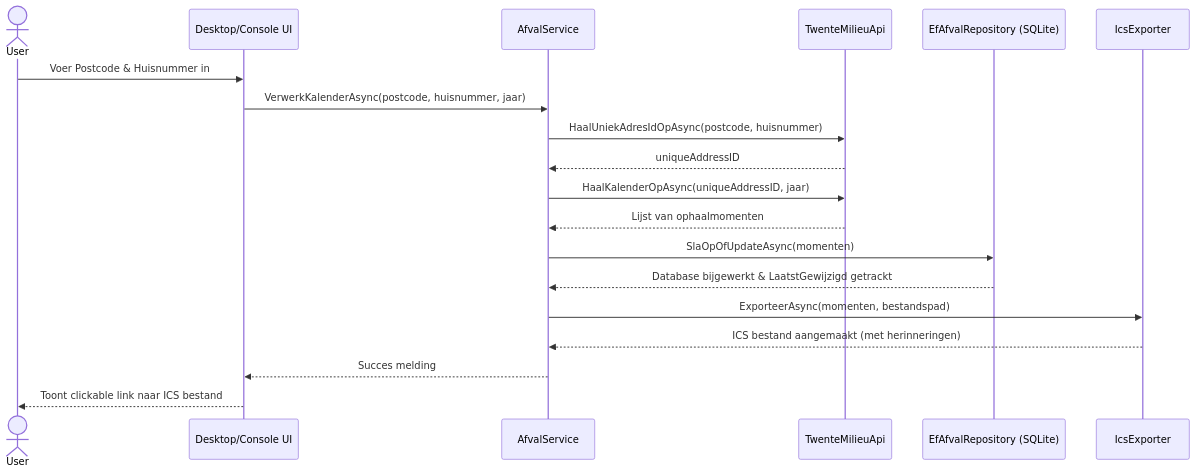
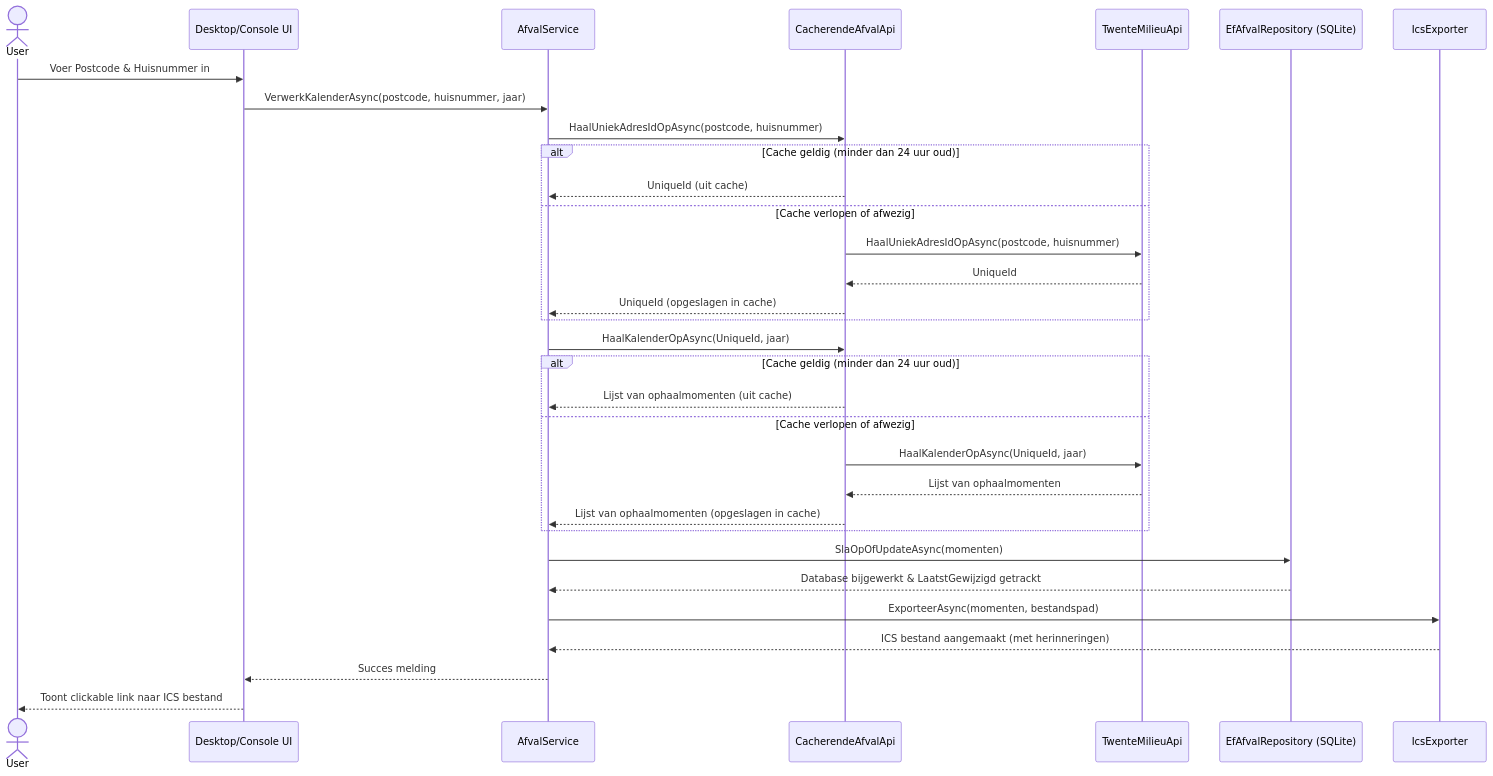
The third of 3 diagrams in README.md (marvinstorage/AfvalKalender), drawn with Mermaid before and after one commit. The commit also changed other lines of this file, not shown here.

Commit message:
Update README: document API cache in features, diagrams, and business logic
- Adds CacherendeAfvalApi (decorator) to the layer architecture diagram
- Expands sequence diagram with alt/else cache-hit and cache-miss branches
- Adds cache bullet to Functionaliteiten and Business Logic Details sections

````diff
--- a/README.md
+++ b/README.md
@@ -126,22 +129,35 @@
 ```mermaid
 sequenceDiagram
     actor User
     participant UI as Desktop/Console UI
     participant App as AfvalService
+    participant Cache as CacherendeAfvalApi
     participant API as TwenteMilieuApi
     participant DB as EfAfvalRepository (SQLite)
     participant ICS as IcsExporter
 
     User->>UI: Voer Postcode & Huisnummer in
     UI->>App: VerwerkKalenderAsync(postcode, huisnummer, jaar)
-    App->>API: HaalUniekAdresIdOpAsync(postcode, huisnummer)
-    API-->>App: uniqueAddressID
-    App->>API: HaalKalenderOpAsync(uniqueAddressID, jaar)
-    API-->>App: Lijst van ophaalmomenten
+    App->>Cache: HaalUniekAdresIdOpAsync(postcode, huisnummer)
+    alt Cache geldig (minder dan 24 uur oud)
+        Cache-->>App: UniqueId (uit cache)
+    else Cache verlopen of afwezig
+        Cache->>API: HaalUniekAdresIdOpAsync(postcode, huisnummer)
+        API-->>Cache: UniqueId
+        Cache-->>App: UniqueId (opgeslagen in cache)
+    end
+    App->>Cache: HaalKalenderOpAsync(UniqueId, jaar)
+    alt Cache geldig (minder dan 24 uur oud)
+        Cache-->>App: Lijst van ophaalmomenten (uit cache)
+    else Cache verlopen of afwezig
+        Cache->>API: HaalKalenderOpAsync(UniqueId, jaar)
+        API-->>Cache: Lijst van ophaalmomenten
+        Cache-->>App: Lijst van ophaalmomenten (opgeslagen in cache)
+    end
     App->>DB: SlaOpOfUpdateAsync(momenten)
     DB-->>App: Database bijgewerkt & LaatstGewijzigd getrackt
     App->>ICS: ExporteerAsync(momenten, bestandspad)
     ICS-->>App: ICS bestand aangemaakt (met herinneringen)
     App-->>UI: Succes melding
     UI-->>User: Toont clickable link naar ICS bestand
 ```
````
